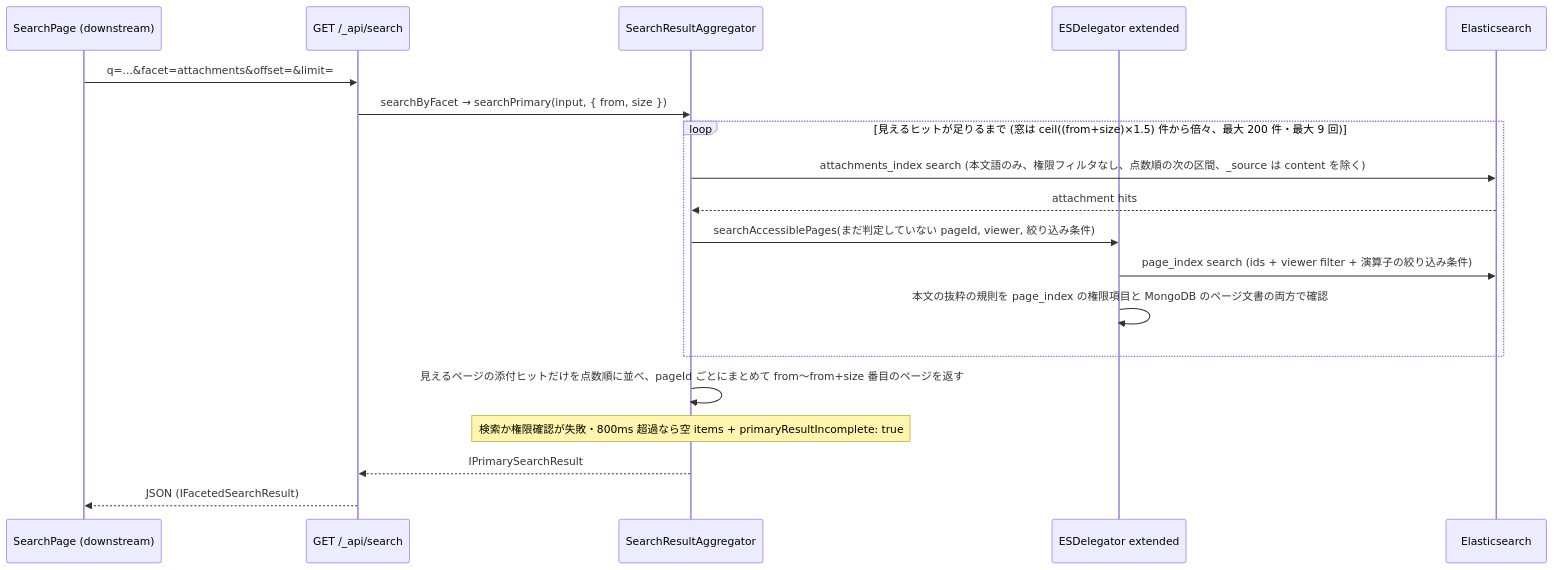
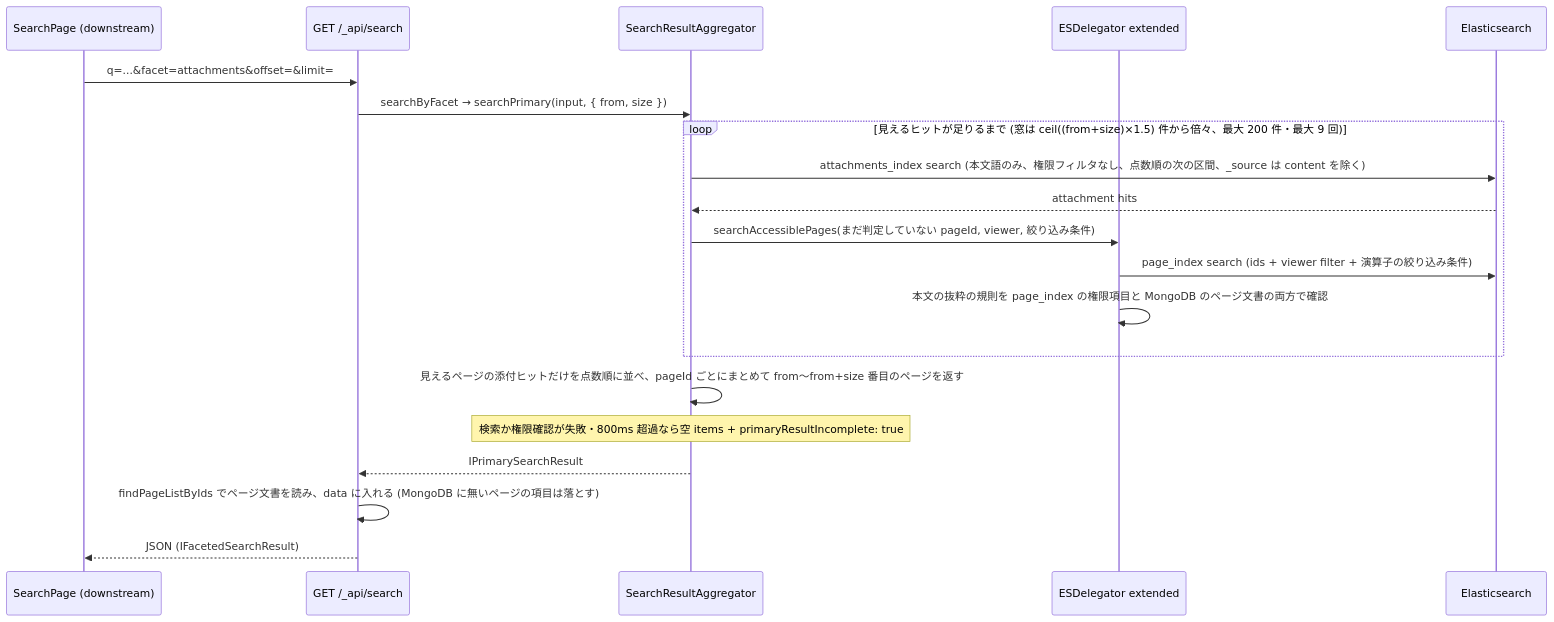
One commit to growilabs/growi changed the fourth of 6 diagrams in .kiro/specs/attachment-search-indexing/design.md. Above: the diagram before and after it, drawn with Mermaid. The commit also changed other lines of this file and 6 other files, not shown here.

````diff
--- a/.kiro/specs/attachment-search-indexing/design.md
+++ b/.kiro/specs/attachment-search-indexing/design.md
@@ -376,22 +376,23 @@
 ```mermaid
 sequenceDiagram
     participant UI as SearchPage (downstream)
     participant Api as GET /_api/search
     participant Svc as SearchResultAggregator
     participant Del as ESDelegator extended
     participant ES as Elasticsearch
 
     UI->>Api: q=...&facet=attachments&offset=&limit=
     Api->>Svc: searchByFacet → searchPrimary(input, { from, size })
     loop 見えるヒットが足りるまで (窓は ceil((from+size)×1.5) 件から倍々、最大 200 件・最大 9 回)
         Svc->>ES: attachments_index search (本文語のみ、権限フィルタなし、点数順の次の区間、_source は content を除く)
         ES-->>Svc: attachment hits
         Svc->>Del: searchAccessiblePages(まだ判定していない pageId, viewer, 絞り込み条件)
         Del->>ES: page_index search (ids + viewer filter + 演算子の絞り込み条件)
         Del->>Del: 本文の抜粋の規則を page_index の権限項目と MongoDB のページ文書の両方で確認
     end
     Svc->>Svc: 見えるページの添付ヒットだけを点数順に並べ、pageId ごとにまとめて from〜from+size 番目のページを返す
     Note over Svc: 検索か権限確認が失敗・800ms 超過なら空 items + primaryResultIncomplete: true
     Svc-->>Api: IPrimarySearchResult
+    Api->>Api: findPageListByIds でページ文書を読み、data に入れる (MongoDB に無いページの項目は落とす)
     Api-->>UI: JSON (IFacetedSearchResult)
 ```
````
